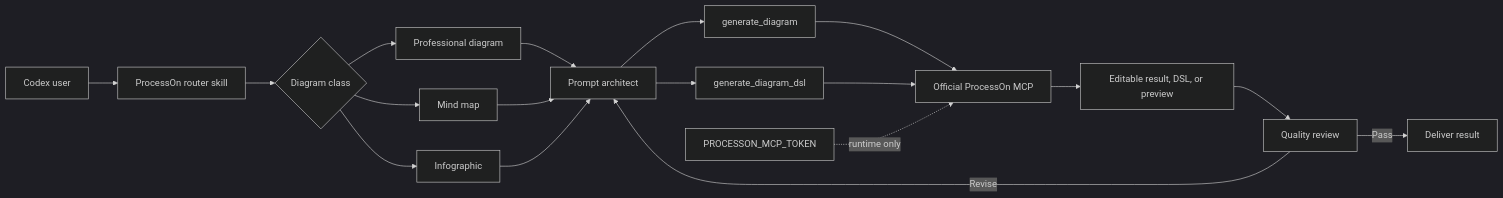
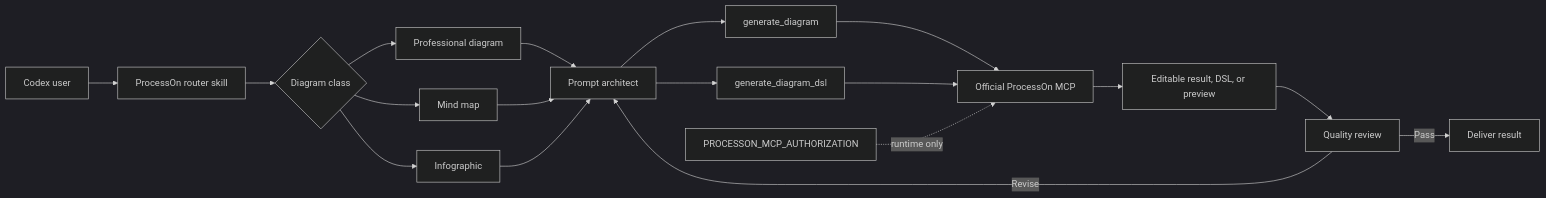
The first of 2 diagrams in docs/superpowers/specs/2026-09-12-codex-processon-plugin-design.md (full-stack-plugins/partme-processon-plugin), drawn with Mermaid (dark theme) before and after one commit. The commit also changed other lines of this file and 1 other file, not shown here.

Commit message:
docs: add codex processon implementation plan

````diff
--- a/docs/superpowers/specs/2026-09-12-codex-processon-plugin-design.md
+++ b/docs/superpowers/specs/2026-09-12-codex-processon-plugin-design.md
@@ -33,20 +33,20 @@
 ```mermaid
 flowchart LR
     U[Codex user] --> R[ProcessOn router skill]
     R --> C{Diagram class}
     C --> D[Professional diagram]
     C --> M[Mind map]
     C --> I[Infographic]
     D --> P[Prompt architect]
     M --> P
     I --> P
     P --> G1[generate_diagram]
     P --> G2[generate_diagram_dsl]
     G1 --> S[Official ProcessOn MCP]
     G2 --> S
     S --> O[Editable result, DSL, or preview]
     O --> Q[Quality review]
     Q -->|Pass| F[Deliver result]
     Q -->|Revise| P
-    T[PROCESSON_MCP_TOKEN] -. runtime only .-> S
+    T[PROCESSON_MCP_AUTHORIZATION] -. runtime only .-> S
 ```
````
